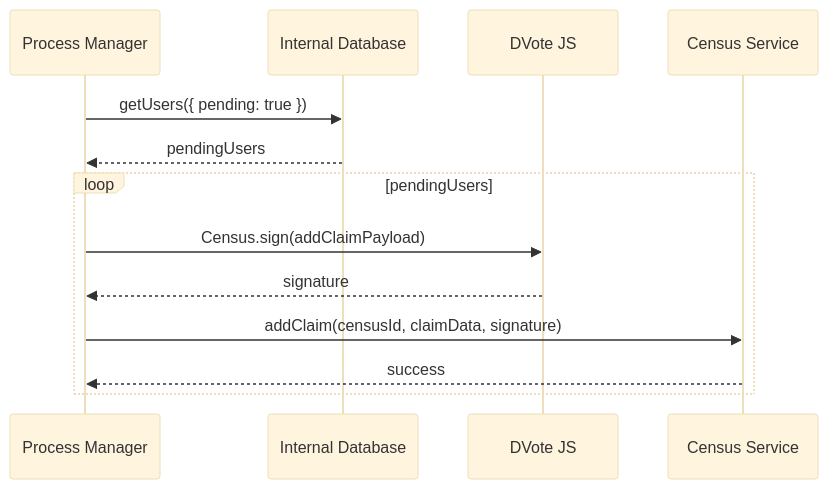
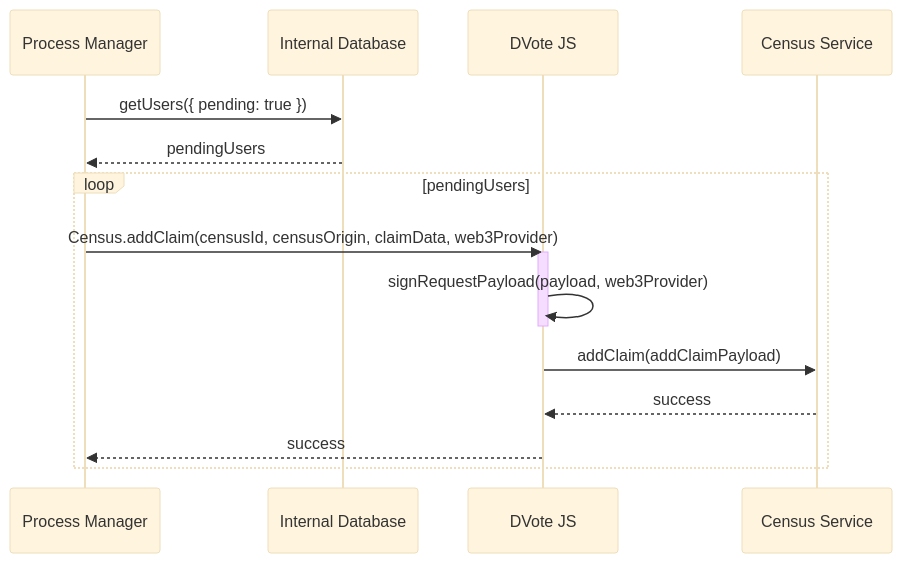
One commit to vocdoni/docs changed the sixth of 9 diagrams in docs/protocol/sequence-diagrams.md. Above: the diagram before and after it, drawn with Mermaid (base theme). The commit also changed other lines of this file and 2 other files, not shown here.

Commit message:
Check the inclusion in a census

````diff
--- a/docs/protocol/sequence-diagrams.md
+++ b/docs/protocol/sequence-diagrams.md
@@ -146,20 +146,22 @@
 ```mermaid
 sequenceDiagram
     participant PM as Process Manager
     participant DB as Internal Database
     participant DV as DVote JS
     participant CS as Census Service
 
     PM->>DB: getUsers({ pending: true })
     DB-->>PM: pendingUsers
 
 
     loop pendingUsers
-        PM->>DV: Census.sign(addClaimPayload)
-        DV-->>PM: signature
-        
-        PM->>CS: addClaim(censusId, claimData, signature)
-        CS-->>PM: success
+        PM->>DV: Census.addClaim(censusId, censusOrigin, claimData, web3Provider)
+        activate DV
+        DV->>DV: signRequestPayload(payload, web3Provider)
+        deactivate DV
+        DV->>CS: addClaim(addClaimPayload)
+        CS-->>DV: success
+        DV-->>PM: success
     end
 
 ```
````
